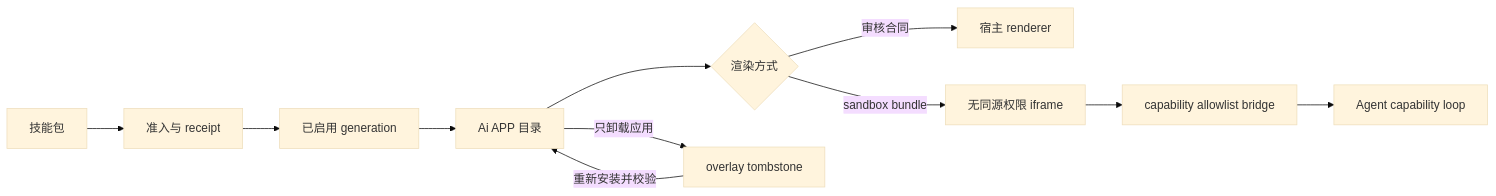
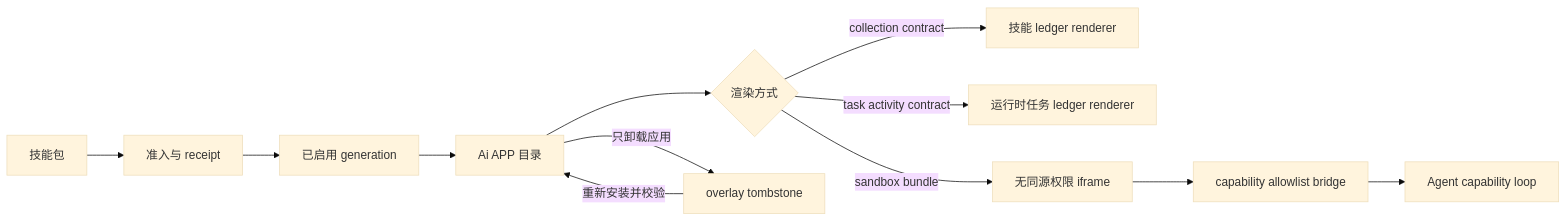
The sixth of 6 diagrams in README.zh-CN.md (MatrixCoreX/RustClaw), drawn with Mermaid (base theme) before and after one commit. The commit also changed other lines of this file and 1 other file, not shown here.

Commit message:
docs: align README with current runtime architecture

````diff
--- a/README.zh-CN.md
+++ b/README.zh-CN.md
@@ -878,13 +934,14 @@
 ```mermaid
 flowchart LR
     P[技能包] --> A[准入与 receipt]
     A --> G[已启用 generation]
     G --> C[Ai APP 目录]
     C --> H{渲染方式}
-    H -->|审核合同| R[宿主 renderer]
+    H -->|collection contract| R[技能 ledger renderer]
+    H -->|task activity contract| Q[运行时任务 ledger renderer]
     H -->|sandbox bundle| F[无同源权限 iframe]
     F --> B[capability allowlist bridge]
     B --> L[Agent capability loop]
     C -->|只卸载应用| T[overlay tombstone]
     T -->|重新安装并校验| C
 ```
````
